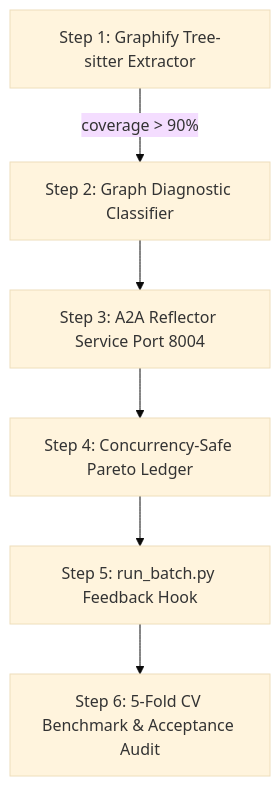
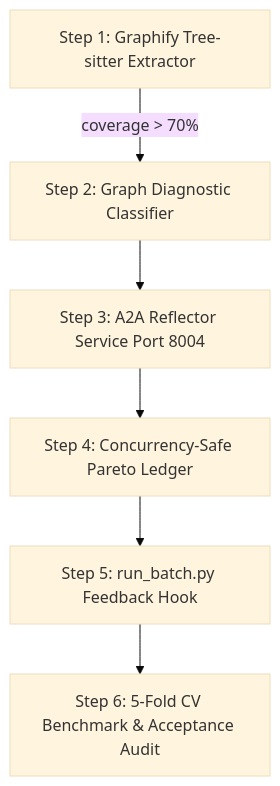
The diagram in docs/SPEC_GRAPH_POWERED_GEPA_REFLECTOR.md (surfiniaburger/silver-one), drawn with Mermaid (base theme) before and after one commit. The commit also changed other lines of this file and 3 other files, not shown here.

First line of the commit message:
fix(gepa-graph): refine specification invariants, schema adapters, and test coverage

````diff
--- a/docs/SPEC_GRAPH_POWERED_GEPA_REFLECTOR.md
+++ b/docs/SPEC_GRAPH_POWERED_GEPA_REFLECTOR.md
@@ -361,8 +397,8 @@
 ```mermaid
 graph TD
-    A[Step 1: Graphify Tree-sitter Extractor] -->|coverage > 90%| B[Step 2: Graph Diagnostic Classifier]
+    A[Step 1: Graphify Tree-sitter Extractor] -->|coverage > 70%| B[Step 2: Graph Diagnostic Classifier]
     B --> C[Step 3: A2A Reflector Service Port 8004]
     C --> D[Step 4: Concurrency-Safe Pareto Ledger]
     D --> E[Step 5: run_batch.py Feedback Hook]
     E --> F[Step 6: 5-Fold CV Benchmark & Acceptance Audit]
 ```
````
